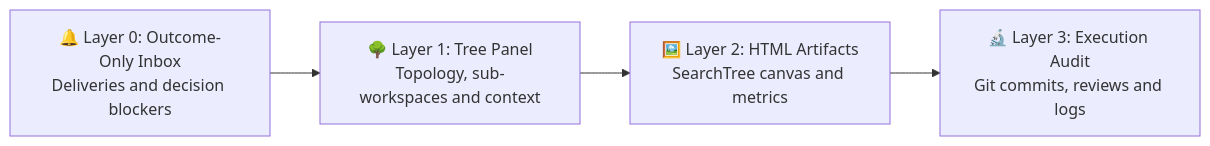
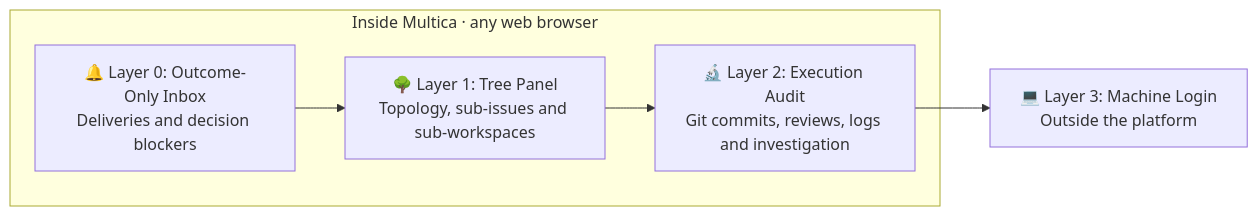
The first of 2 diagrams in README.md (Winfred666/multica-RSI), drawn with Mermaid before and after one commit. The commit also changed other lines of this file and 8 other files, not shown here.

````diff
--- a/README.md
+++ b/README.md
@@ -23,6 +24,8 @@
 ```mermaid
 flowchart LR
-    L0["🔔 Layer 0: Outcome-Only Inbox<br/>Deliveries and decision blockers"] --> L1["🌳 Layer 1: Tree Panel<br/>Topology, sub-workspaces and context"]
-    L1 --> L2["🖼️ Layer 2: HTML Artifacts<br/>SearchTree canvas and metrics"]
-    L2 --> L3["🔬 Layer 3: Execution Audit<br/>Git commits, reviews and logs"]
+    subgraph Web["Inside Multica · any web browser"]
+        L0["🔔 Layer 0: Outcome-Only Inbox<br/>Deliveries and decision blockers"] --> L1["🌳 Layer 1: Tree Panel<br/>Topology, sub-issues and sub-workspaces"]
+        L1 --> L2["🔬 Layer 2: Execution Audit<br/>Git commits, reviews, logs and investigation"]
+    end
+    L2 --> L3["💻 Layer 3: Machine Login<br/>Outside the platform"]
 ```
````
